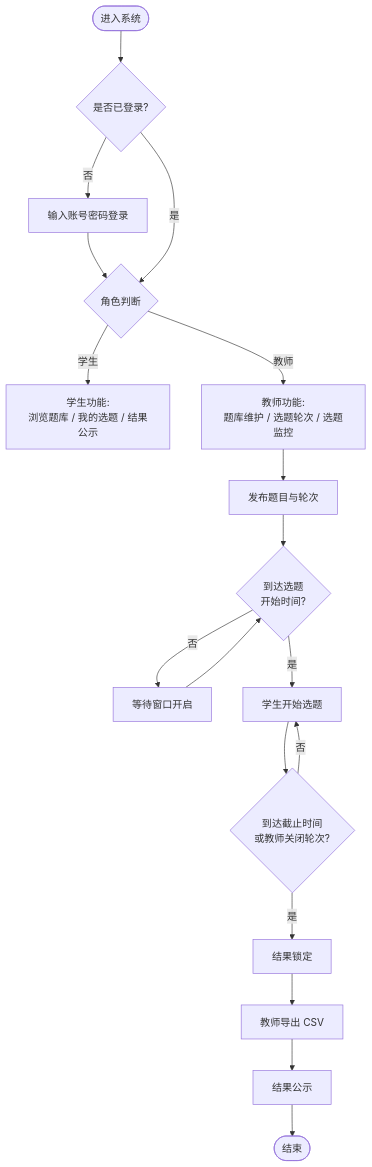
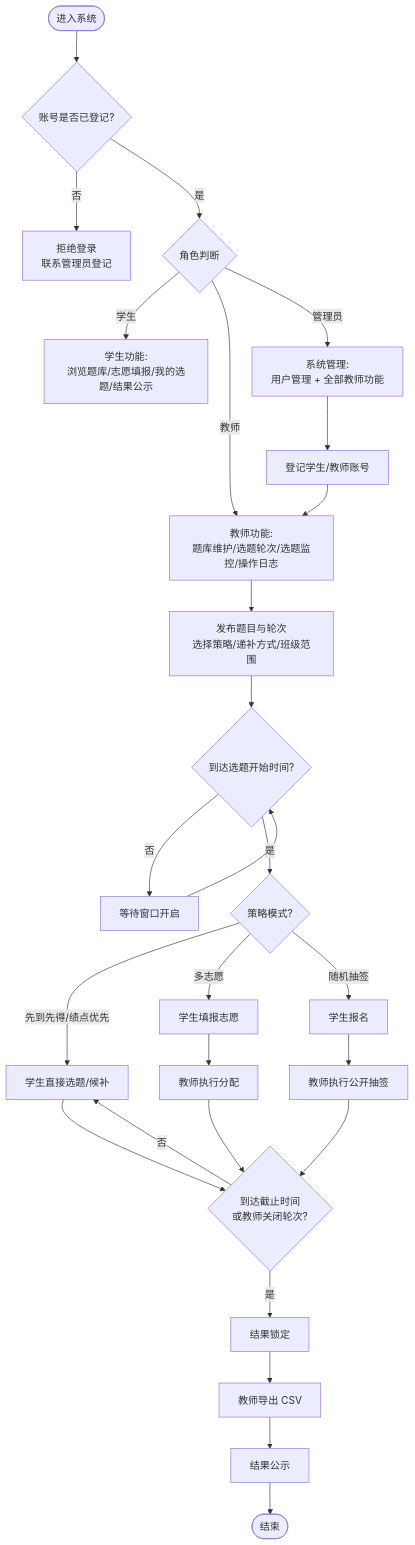
The first of 5 diagrams in student-topic-system/wiki/06-使用流程.md (haixiaoyuntian/topicgo), drawn with Mermaid before and after one commit. The commit also changed other lines of this file and 17 other files, not shown here.

````diff
--- a/student-topic-system/wiki/06-使用流程.md
+++ b/student-topic-system/wiki/06-使用流程.md
@@ -7,18 +18,24 @@
 ```mermaid
 flowchart TD
-    Start([进入系统]) --> Login{是否已登录?}
-    Login -- 否 --> DoLogin[输入账号密码登录]
-    DoLogin --> Role{角色判断}
-    Login -- 是 --> Role
-    Role -- 学生 --> StuMenu[学生功能:<br/>浏览题库 / 我的选题 / 结果公示]
-    Role -- 教师 --> TeaMenu[教师功能:<br/>题库维护 / 选题轮次 / 选题监控]
-    TeaMenu --> Publish[发布题目与轮次]
-    Publish --> Window{到达选题<br/>开始时间?}
-    Window -- 否 --> Wait[等待窗口开启]
-    Wait --> Window
-    Window -- 是 --> StuSelect[学生开始选题]
-    StuSelect --> EndWindow{到达截止时间<br/>或教师关闭轮次?}
-    EndWindow -- 否 --> StuSelect
-    EndWindow -- 是 --> Lock[结果锁定] --> Export[教师导出 CSV] --> Public[结果公示]
+    Start([进入系统]) --> Login{账号是否已登记?}
+    Login -- 否 --> Reject[拒绝登录<br/>联系管理员登记]
+    Login -- 是 --> Role{角色判断}
+    Role -- 学生 --> StuMenu[学生功能:<br/>浏览题库/志愿填报/我的选题/结果公示]
+    Role -- 教师 --> TeaMenu[教师功能:<br/>题库维护/选题轮次/选题监控/操作日志]
+    Role -- 管理员 --> AdminMenu[系统管理:<br/>用户管理 + 全部教师功能]
+    AdminMenu --> Register[登记学生/教师账号]
+    Register --> TeaMenu
+    TeaMenu --> Publish[发布题目与轮次<br/>选择策略/递补方式/班级范围]
+    Publish --> Window{到达选题开始时间?}
+    Window -- 否 --> Wait[等待窗口开启] --> Window
+    Window -- 是 --> Mode{策略模式?}
+    Mode -- 先到先得/绩点优先 --> Direct[学生直接选题/候补]
+    Mode -- 多志愿 --> Wish[学生填报志愿] --> Allocate[教师执行分配]
+    Mode -- 随机抽签 --> Entry[学生报名] --> Lottery[教师执行公开抽签]
+    Direct --> EndWin{到达截止时间<br/>或教师关闭轮次?}
+    Allocate --> EndWin
+    Lottery --> EndWin
+    EndWin -- 否 --> Direct
+    EndWin -- 是 --> Lock[结果锁定] --> Export[教师导出 CSV] --> Public[结果公示]
     Public --> Finish([结束])
 ```
````
